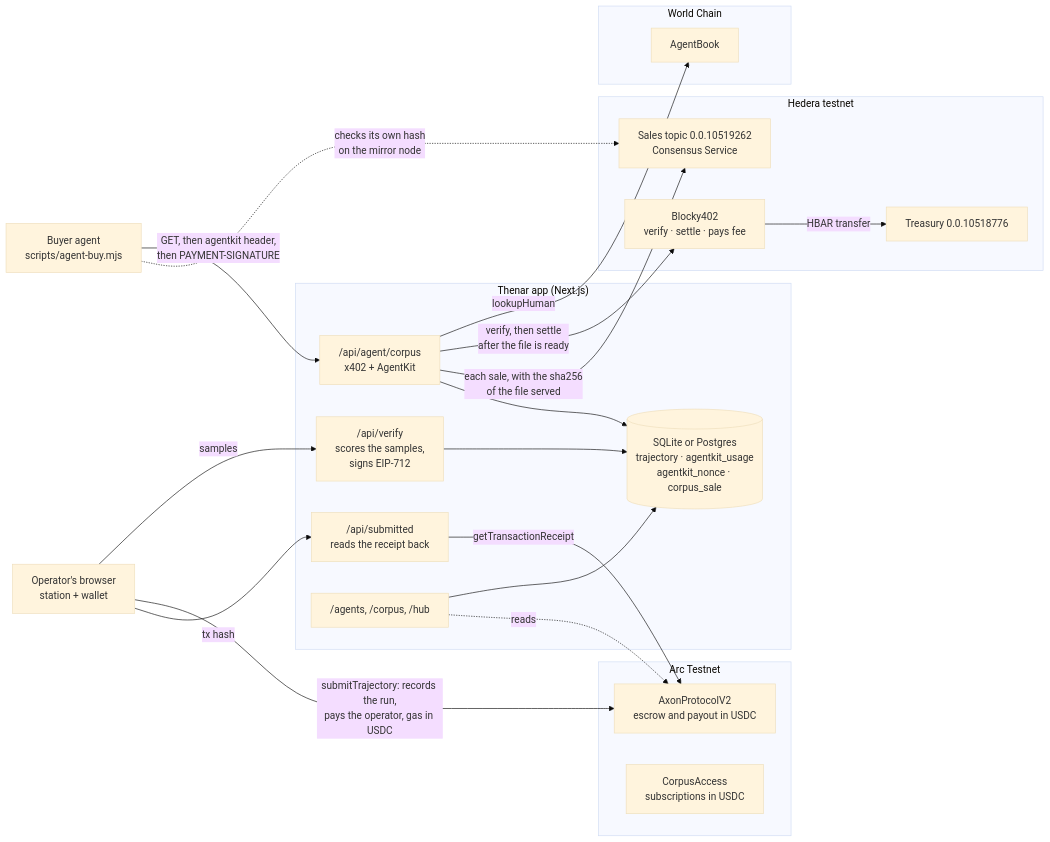
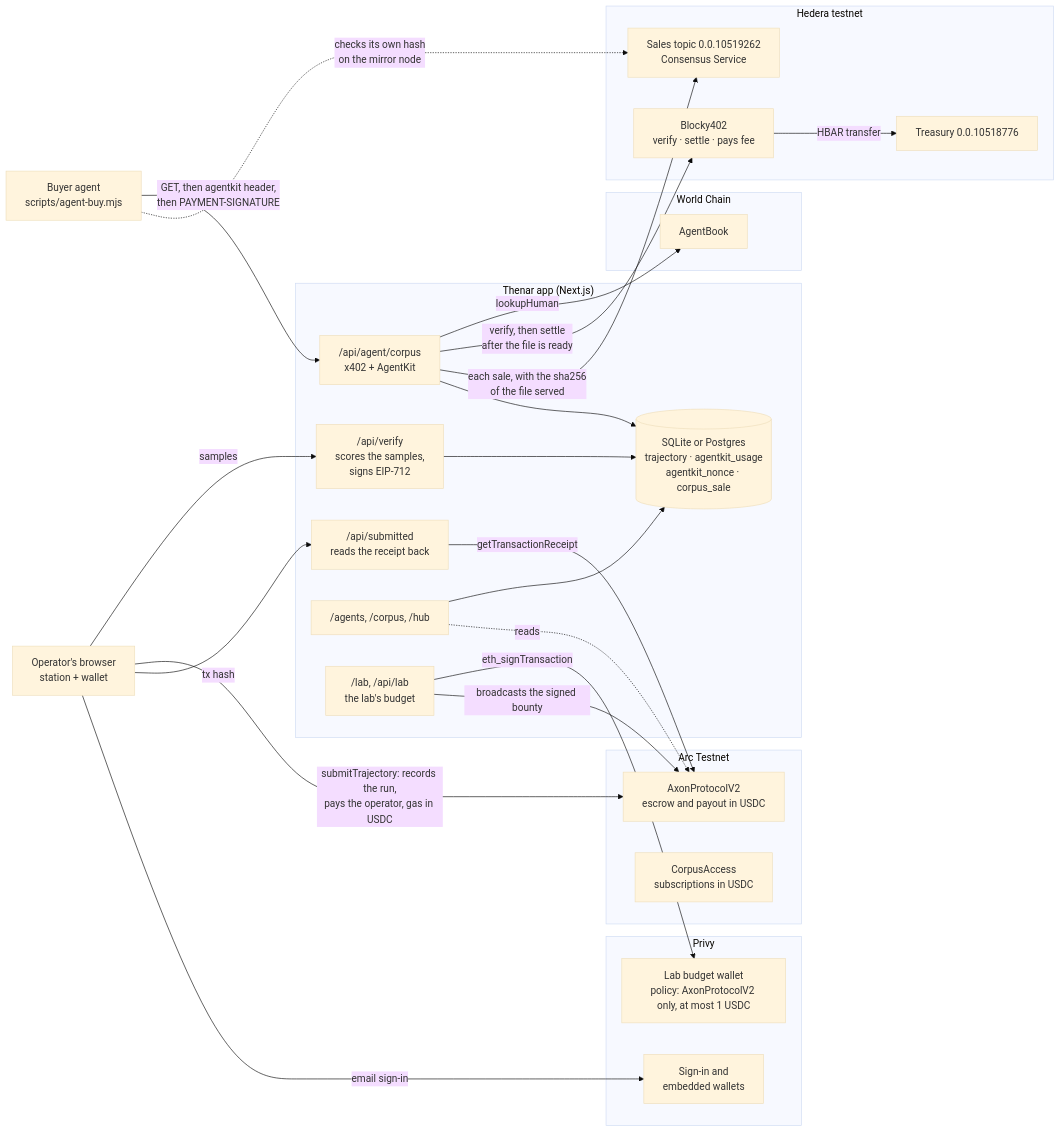
Before and after one commit to nickthelegend/thenar-arc: the diagram in README.md, drawn with Mermaid (base theme). The commit also changed other lines of this file and 1 other file, not shown here.

First line of the commit message:
Retarget the submission to Hedera, World and Privy

````diff
--- a/README.md
+++ b/README.md
@@ -31,41 +33,50 @@
 ```mermaid
 flowchart LR
   OP["Operator's browser<br/>station + wallet"]
   AGENT["Buyer agent<br/>scripts/agent-buy.mjs"]
 
   subgraph APP["Thenar app (Next.js)"]
     VERIFY["/api/verify<br/>scores the samples,<br/>signs EIP-712"]
     SUBMITTED["/api/submitted<br/>reads the receipt back"]
     CORPUS["/api/agent/corpus<br/>x402 + AgentKit"]
     PAGES["/agents, /corpus, /hub"]
+    LAB["/lab, /api/lab<br/>the lab's budget"]
     DB[("SQLite or Postgres<br/>trajectory · agentkit_usage<br/>agentkit_nonce · corpus_sale")]
   end
 
   subgraph ARC["Arc Testnet"]
     AXON["AxonProtocolV2<br/>escrow and payout in USDC"]
     ACCESS["CorpusAccess<br/>subscriptions in USDC"]
   end
 
   subgraph HEDERA["Hedera testnet"]
     B402["Blocky402<br/>verify · settle · pays fee"]
     TREASURY["Treasury 0.0.10518776"]
     TOPIC["Sales topic 0.0.10519262<br/>Consensus Service"]
   end
 
   subgraph WORLD["World Chain"]
     BOOK["AgentBook"]
   end
 
+  subgraph PRIVY["Privy"]
+    LOGIN["Sign-in and<br/>embedded wallets"]
+    LABW["Lab budget wallet<br/>policy: AxonProtocolV2 only, at most 1 USDC"]
+  end
+
   OP -- "samples" --> VERIFY --> DB
   OP -- "submitTrajectory: records the run,<br/>pays the operator, gas in USDC" --> AXON
   OP -- "tx hash" --> SUBMITTED -- "getTransactionReceipt" --> AXON
   AGENT -- "GET, then agentkit header,<br/>then PAYMENT-SIGNATURE" --> CORPUS
   CORPUS -- "lookupHuman" --> BOOK
   CORPUS -- "verify, then settle<br/>after the file is ready" --> B402
   B402 -- "HBAR transfer" --> TREASURY
   CORPUS -- "each sale, with the sha256<br/>of the file served" --> TOPIC
   AGENT -. "checks its own hash<br/>on the mirror node" .-> TOPIC
   CORPUS --> DB
   PAGES --> DB
   PAGES -. "reads" .-> AXON
+  OP -- "email sign-in" --> LOGIN
+  LAB -- "eth_signTransaction" --> LABW
+  LAB -- "broadcasts the signed bounty" --> AXON
 ```
````
